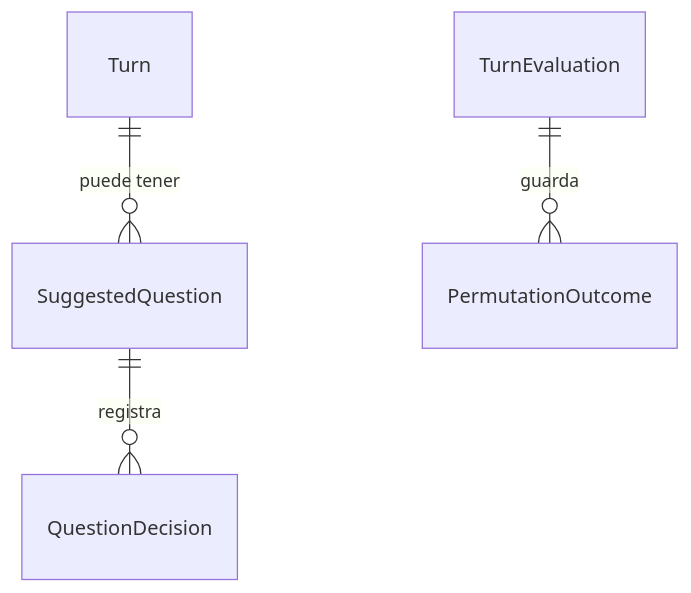
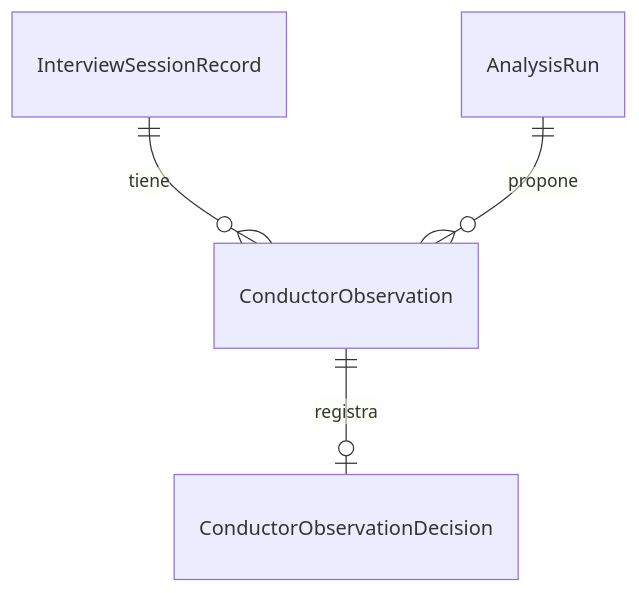
One commit to freyesJaveriana/tai changed the third of 3 diagrams in aidlc/spaces/default/intents/261002-veridicus-mvp/construction/assistant-extras/functional-design/functional-spec.md. Above: the diagram before and after it, drawn with Mermaid. The commit also changed other lines of this file and 9 other files, not shown here.

````diff
--- a/aidlc/spaces/default/intents/261002-veridicus-mvp/construction/assistant-extras/functional-design/functional-spec.md
+++ b/aidlc/spaces/default/intents/261002-veridicus-mvp/construction/assistant-extras/functional-design/functional-spec.md
@@ -91,6 +192,6 @@
 ```mermaid
 erDiagram
-  Turn ||--o{ SuggestedQuestion : "puede tener"
-  SuggestedQuestion ||--o{ QuestionDecision : "registra"
-  TurnEvaluation ||--o{ PermutationOutcome : "guarda"
+  InterviewSessionRecord ||--o{ ConductorObservation : "tiene"
+  AnalysisRun ||--o{ ConductorObservation : "propone"
+  ConductorObservation ||--o| ConductorObservationDecision : "registra"
 ```
````
